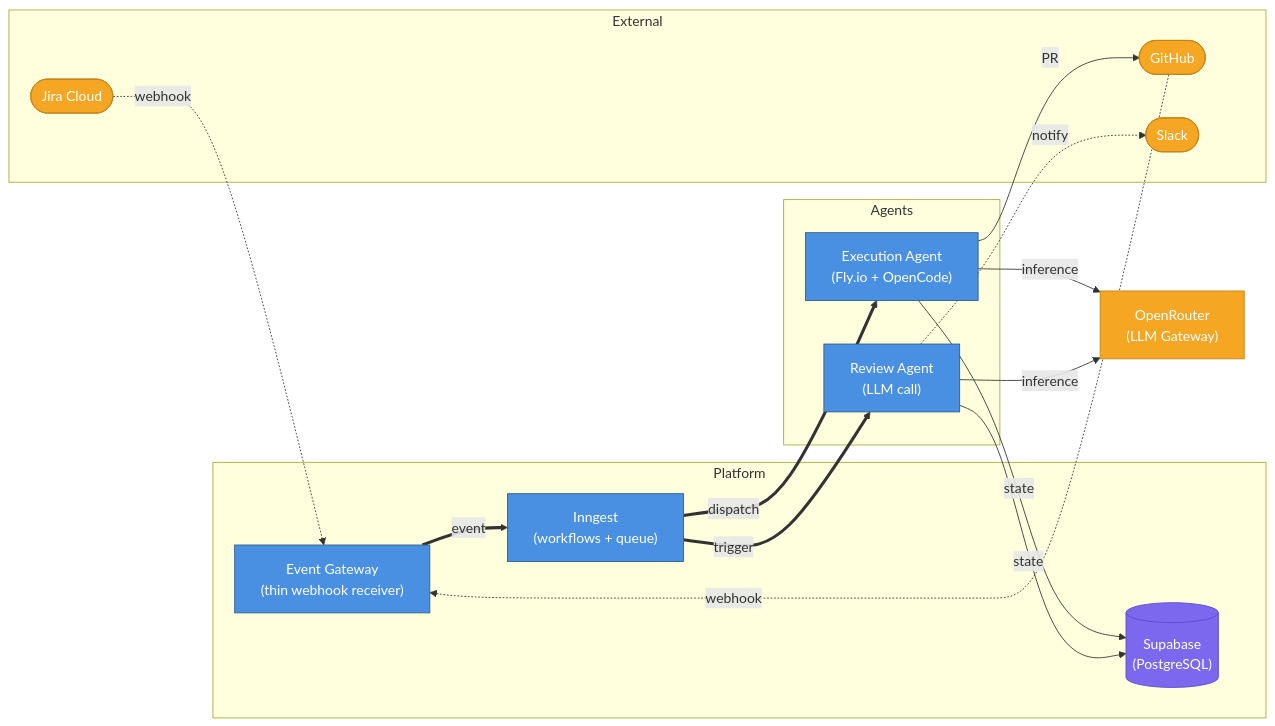
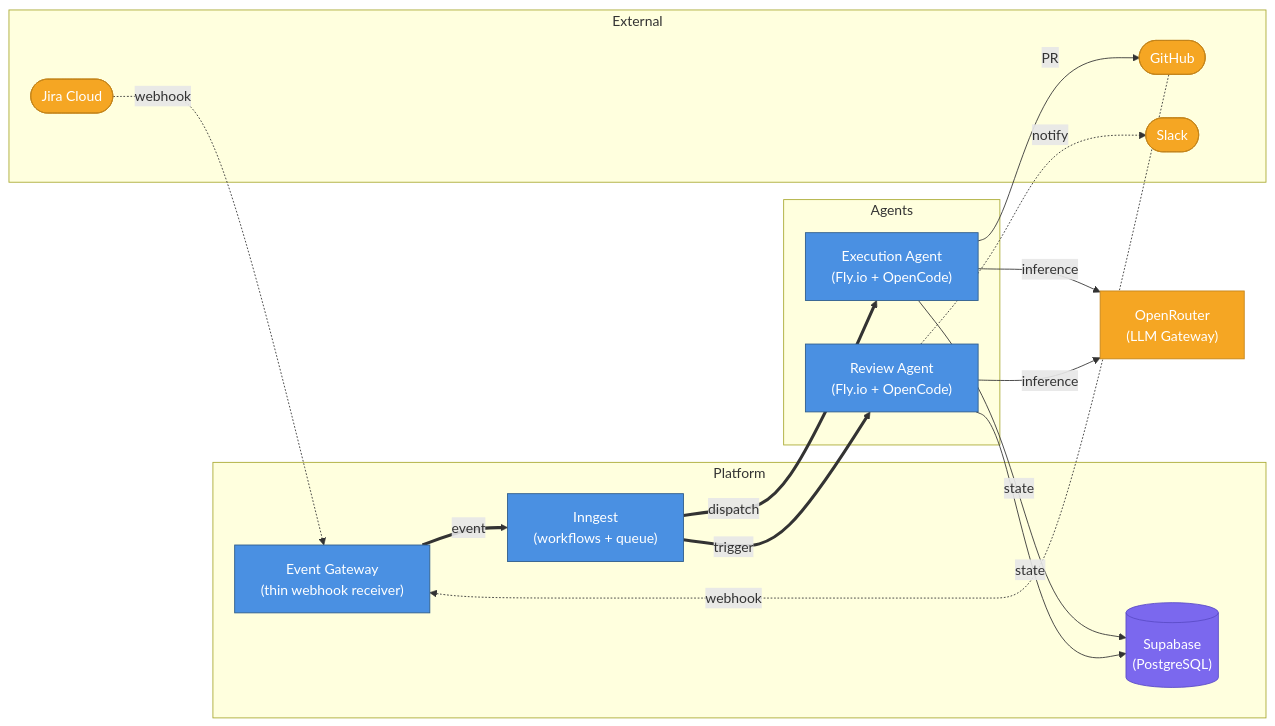
The second of 16 diagrams in docs/2026-03-22-2317-ai-employee-architecture.md (viiqswim/dozaldevs-ai-employee), drawn with Mermaid before and after one commit. The commit also changed other lines of this file, not shown here.

````diff
--- a/docs/2026-03-22-2317-ai-employee-architecture.md
+++ b/docs/2026-03-22-2317-ai-employee-architecture.md
@@ -138,37 +148,37 @@
 ```mermaid
 flowchart LR
     subgraph External
         JIRA(["Jira Cloud"]):::external
         GH(["GitHub"]):::external
         SLACK(["Slack"]):::external
     end
 
     subgraph Platform
         GW["Event Gateway\n(thin webhook receiver)"]:::service
         ING["Inngest\n(workflows + queue)"]:::service
         SUP[("Supabase\n(PostgreSQL)")]:::storage
     end
 
-    subgraph Agents
-        EXEC["Execution Agent\n(Fly.io + OpenCode)"]:::service
-        REV["Review Agent\n(LLM call)"]:::service
-    end
+     subgraph Agents
+         EXEC["Execution Agent\n(Fly.io + OpenCode)"]:::service
+         REV["Review Agent\n(Fly.io + OpenCode)"]:::service
+     end
 
     LLM["OpenRouter\n(LLM Gateway)"]:::external
 
     JIRA -.->|"webhook"| GW
     GH -.->|"webhook"| GW
     GW ==>|"event"| ING
     ING ==>|"dispatch"| EXEC
     ING ==>|"trigger"| REV
     EXEC -->|"state"| SUP
     REV -->|"state"| SUP
     EXEC -->|"PR"| GH
     REV -.->|"notify"| SLACK
     EXEC -->|"inference"| LLM
     REV -->|"inference"| LLM
 
     classDef service fill:#4A90E2,stroke:#2E5C8A,color:#fff
     classDef storage fill:#7B68EE,stroke:#5B4BC7,color:#fff
     classDef external fill:#F5A623,stroke:#C4841A,color:#fff
 ```
````
